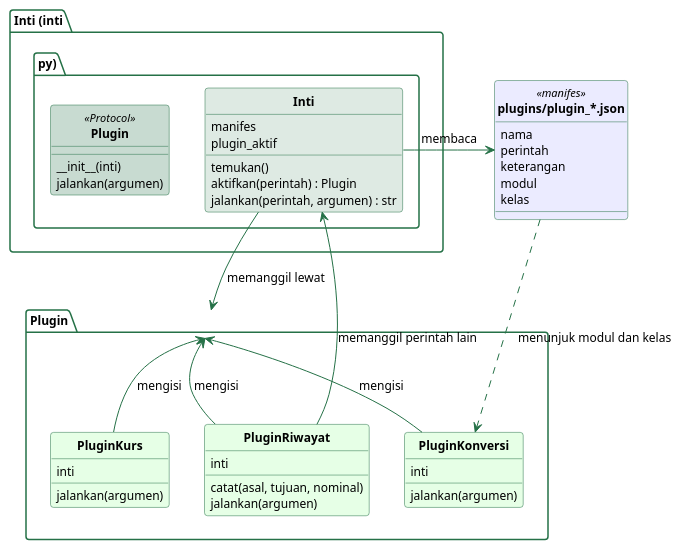
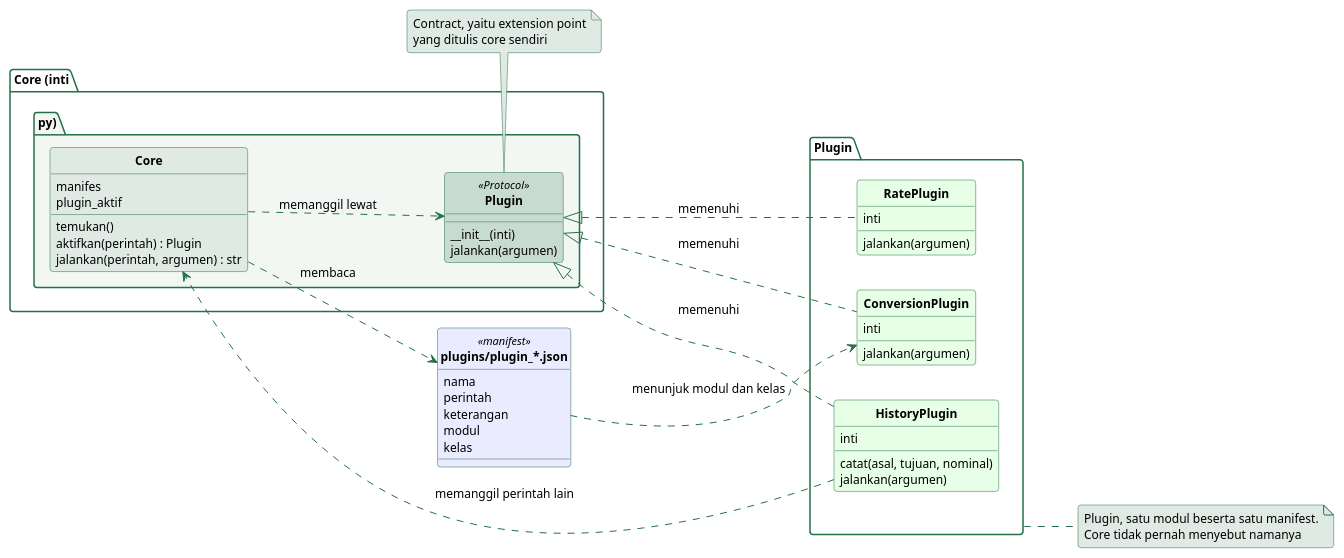
One commit to alfa-yohannis/software-architecture changed the diagram in sources/chapter05/diagram/kelas-microkernel.puml. Above: the diagram before and after it, drawn with PlantUML. The commit also changed other lines of this file and 23 other files, not shown here.

```diff
--- a/sources/chapter05/diagram/kelas-microkernel.puml
+++ b/sources/chapter05/diagram/kelas-microkernel.puml
@@ -11,72 +19,89 @@
 @startuml
+left to right direction
 skinparam backgroundColor transparent
 skinparam defaultFontName Titillium Web
 skinparam defaultFontSize 13
 skinparam shadowing false
 skinparam roundCorner 6
 skinparam classAttributeIconSize 0
 skinparam classFontStyle bold
 skinparam ArrowColor #257147
 skinparam ArrowFontSize 12
 skinparam class {
   BorderColor #257147
   BackgroundColor #EBEBFF
   FontColor black
   AttributeFontSize 12
   StereotypeFontSize 11
 }
 skinparam package {
   BorderColor #257147
   BackgroundColor transparent
   FontColor black
   FontSize 12
 }
+skinparam note {
+  BackgroundColor #DEEAE3
+  BorderColor #257147
+  FontSize 12
+}
 hide circle
 
-package "Inti (inti.py)" {
-  class Inti #DEEAE3 {
+package "Core (inti.py)" #F2F7F4 {
+  class Core #DEEAE3 {
     manifes
     plugin_aktif
     temukan()
     aktifkan(perintah) : Plugin
     jalankan(perintah, argumen) : str
   }
 
   class Plugin <<Protocol>> #C8DBD1 {
     __init__(inti)
     jalankan(argumen)
   }
 }
 
-package "Plugin" {
-  class PluginKonversi #E6FFE6 {
+package "Plugin" as PaketPlugin {
+  class ConversionPlugin #E6FFE6 {
     inti
     jalankan(argumen)
   }
-  class PluginKurs #E6FFE6 {
+  class RatePlugin #E6FFE6 {
     inti
     jalankan(argumen)
   }
-  class PluginRiwayat #E6FFE6 {
+  class HistoryPlugin #E6FFE6 {
     inti
     catat(asal, tujuan, nominal)
     jalankan(argumen)
   }
 }
 
-class "plugins/plugin_*.json" as Manifes <<manifes>> {
+class "plugins/plugin_*.json" as Manifest <<manifest>> {
   nama
   perintah
   keterangan
   modul
   kelas
 }
 
-Inti -right-> Manifes : membaca
-Inti -down-> Plugin : memanggil lewat
-PluginKonversi -up-> Plugin : mengisi
-PluginKurs -up-> Plugin : mengisi
-PluginRiwayat -up-> Plugin : mengisi
-PluginRiwayat -up-> Inti : memanggil perintah lain
-Manifes .down.> PluginKonversi : menunjuk modul dan kelas
+Core ..> Manifest : membaca
+Core ..> Plugin : memanggil lewat
+Plugin <|.. ConversionPlugin : memenuhi
+Plugin <|.. RatePlugin : memenuhi
+Plugin <|.. HistoryPlugin : memenuhi
+HistoryPlugin ..> Core : memanggil perintah lain
+Manifest ..> ConversionPlugin : menunjuk modul dan kelas
+
+note bottom of Plugin
+  Contract, yaitu extension point
+  yang ditulis core sendiri
+end note
+
+note as CatatanPlugin
+  Plugin, satu modul beserta satu manifest.
+  Core tidak pernah menyebut namanya
+end note
+PaketPlugin .. CatatanPlugin
 @enduml
```
